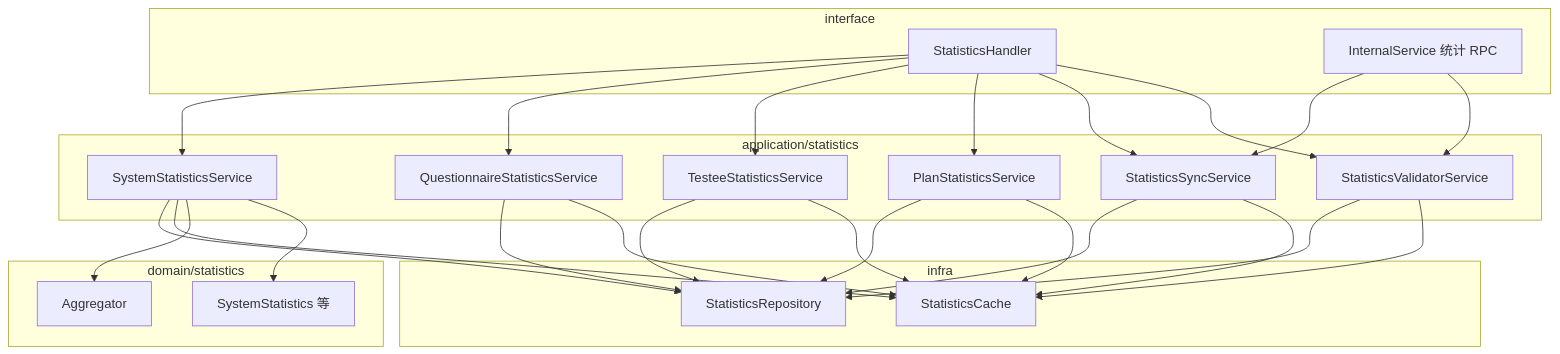
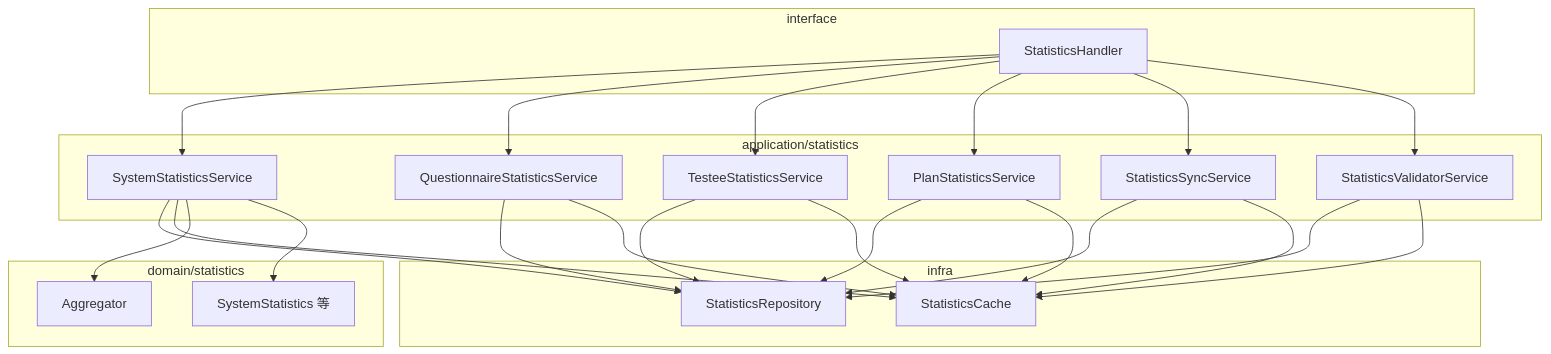
One commit to FangcunMount/qs-server changed the fourth of 5 diagrams in docs/02-业务模块/06-statistics.md. Above: the diagram before and after it, drawn with Mermaid. The commit also changed other lines of this file and 123 other files, not shown here.

````diff
--- a/docs/02-业务模块/06-statistics.md
+++ b/docs/02-业务模块/06-statistics.md
@@ -230,51 +228,48 @@
 ```mermaid
 flowchart TB
     subgraph IF[interface]
         H[StatisticsHandler]
-        IG[InternalService 统计 RPC]
     end
 
     subgraph APP[application/statistics]
         SYS[SystemStatisticsService]
         Q[QuestionnaireStatisticsService]
         TE[TesteeStatisticsService]
         PL[PlanStatisticsService]
         SYNC[StatisticsSyncService]
         VAL[StatisticsValidatorService]
     end
 
     subgraph DOM[domain/statistics]
         TYPES[SystemStatistics 等]
         AGG[Aggregator]
     end
 
     subgraph INF[infra]
         REPO[StatisticsRepository]
         CACHE[StatisticsCache]
     end
 
     H --> SYS
     H --> Q
     H --> TE
     H --> PL
     H --> SYNC
     H --> VAL
-    IG --> SYNC
-    IG --> VAL
 
     SYS --> REPO
     SYS --> CACHE
     SYS --> AGG
     Q --> REPO
     Q --> CACHE
     TE --> REPO
     TE --> CACHE
     PL --> REPO
     PL --> CACHE
     SYNC --> REPO
     SYNC --> CACHE
     VAL --> REPO
     VAL --> CACHE
 
     SYS --> TYPES
 ```
````
